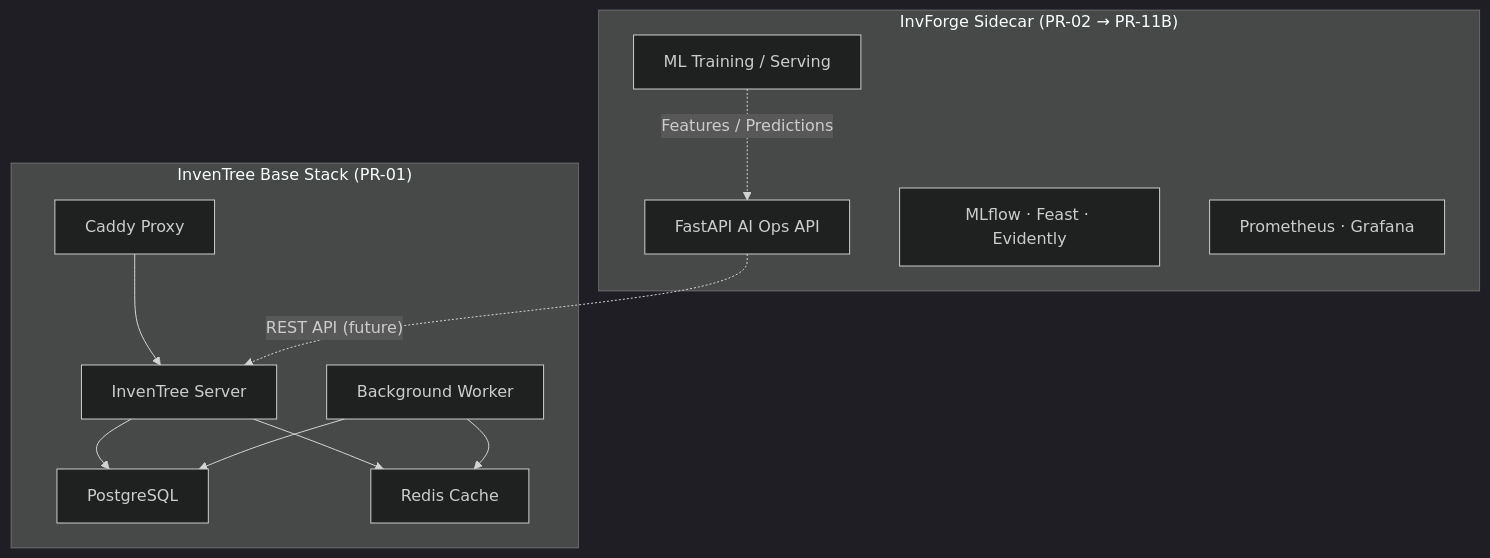
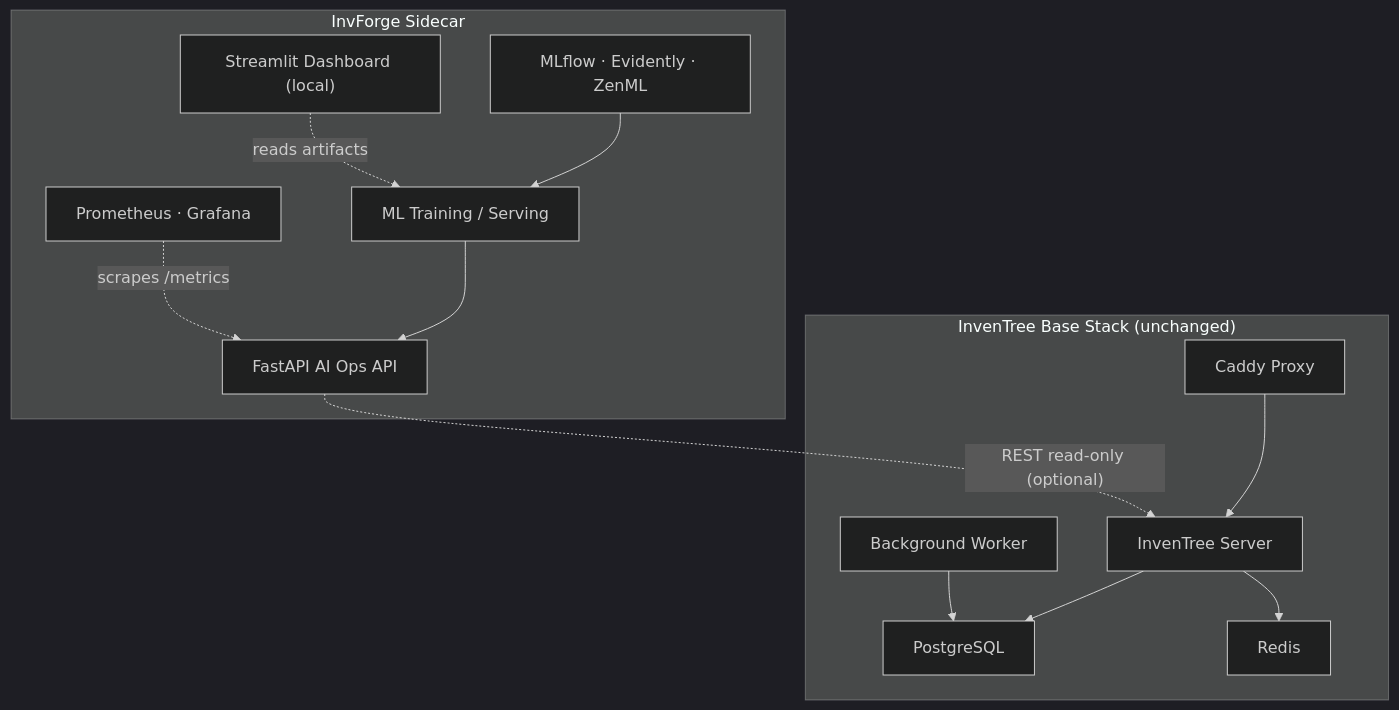
The diagram in README.md (dannzapper-cmd/project-3), drawn with Mermaid (dark theme) before and after one commit. The commit also changed other lines of this file and 20 other files, not shown here.

Commit message:
docs(packaging): finalize InvForge portfolio package

````diff
--- a/README.md
+++ b/README.md
@@ -12,26 +35,29 @@
 ```mermaid
 flowchart TB
-    subgraph invforge_sidecar ["InvForge Sidecar (PR-02 → PR-11B)"]
+    subgraph invforge_sidecar ["InvForge Sidecar"]
         API["FastAPI AI Ops API"]
         ML["ML Training / Serving"]
-        MLOps["MLflow · Feast · Evidently"]
+        MLOps["MLflow · Evidently · ZenML"]
+        DASH["Streamlit Dashboard (local)"]
         OBS["Prometheus · Grafana"]
     end
 
-    subgraph inventree_base ["InvenTree Base Stack (PR-01)"]
+    subgraph inventree_base ["InvenTree Base Stack (unchanged)"]
         PROXY["Caddy Proxy"]
         SERVER["InvenTree Server"]
         WORKER["Background Worker"]
         PG["PostgreSQL"]
-        REDIS["Redis Cache"]
+        REDIS["Redis"]
     end
 
     PROXY --> SERVER
     SERVER --> PG
     SERVER --> REDIS
     WORKER --> PG
-    WORKER --> REDIS
 
-    API -. "REST API (future)" .-> SERVER
-    ML -. "Features / Predictions" .-> API
+    API -. "REST read-only (optional)" .-> SERVER
+    ML --> API
+    MLOps --> ML
+    DASH -. "reads artifacts" .-> ML
+    OBS -. "scrapes /metrics" .-> API
 ```
````
